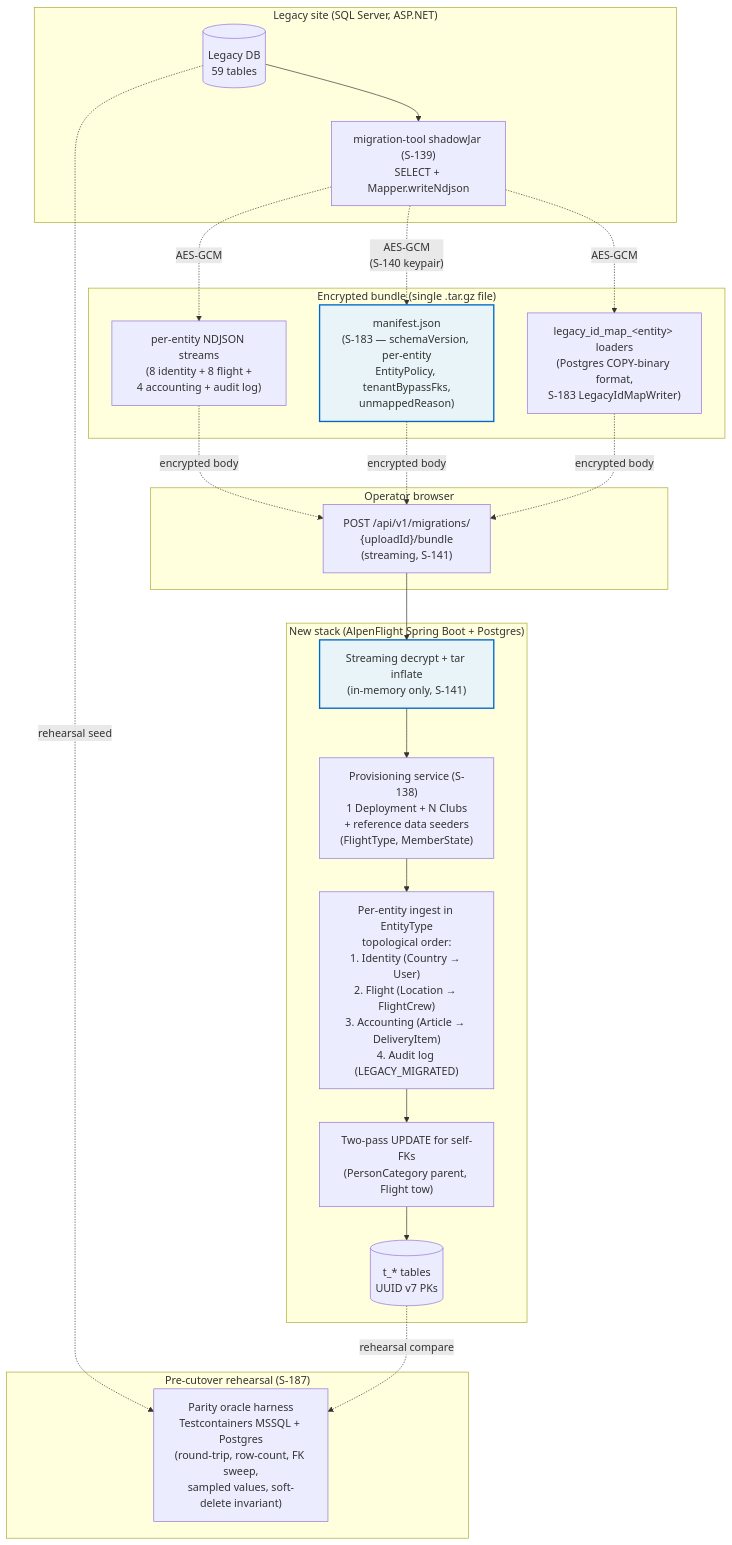
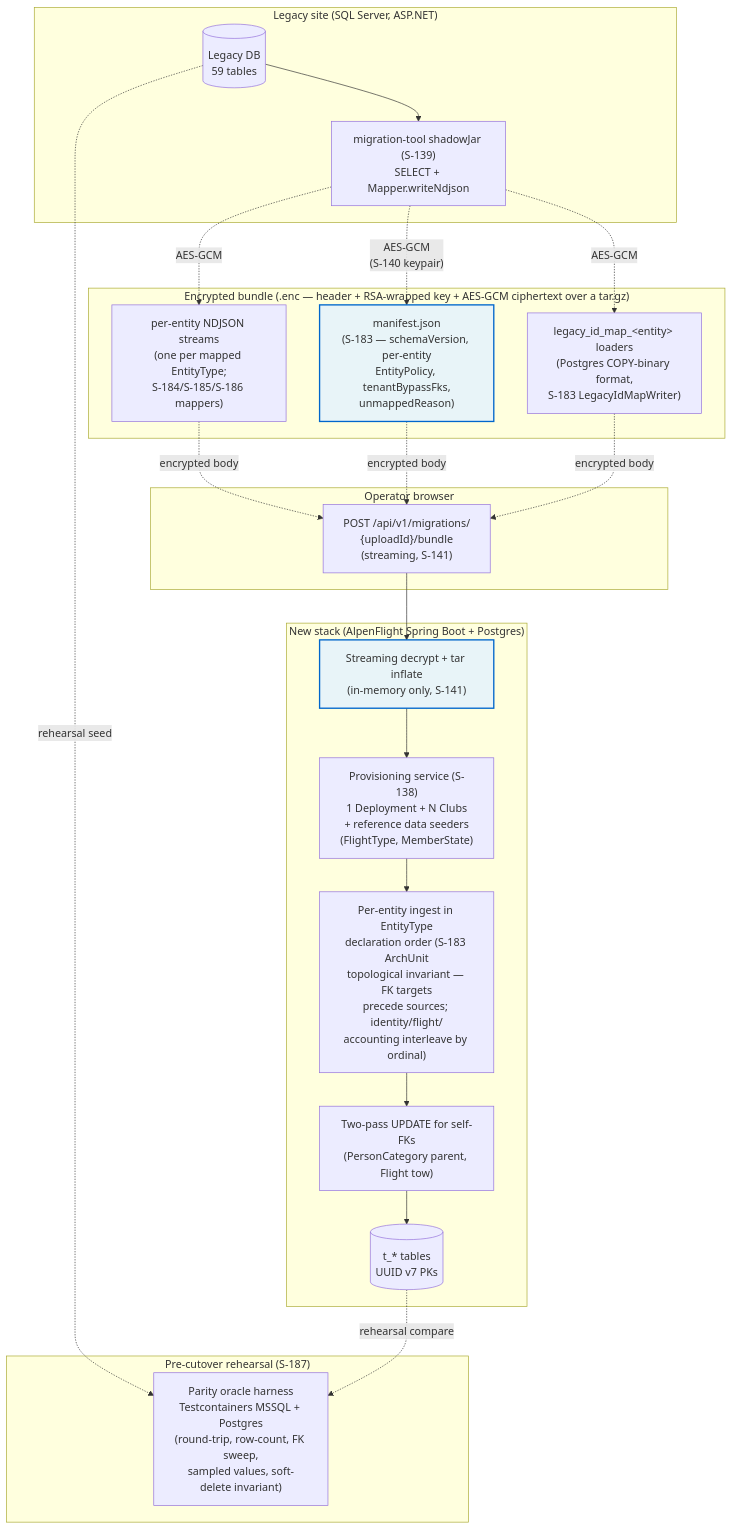
The diagram in docs/modernization/legacy-migration-plan.md (elekktrisch/fls), drawn with Mermaid before and after one commit. The commit also changed other lines of this file and 1 other file, not shown here.

Commit message:
#171: round-2 review fixes — soft-delete test + diagram labels
Maintainability reviewer caught that the original
softDeletedRowPreservesTowFlightIdForensicTrace test re-set
DeletedOn to the same timestamp the base rowWithAirState already
emits, so it never actually differentiated soft-deleted from live
rows. Rewritten as towFlightIdPreservedAcrossSoftDeleteToggle to
emit the row twice (DeletedOn=null then DeletedOn=tombstoned) and
assert both preserve tow_flight_id.

Tech-writer reviewer surfaced four Mermaid-diagram label drifts:
- "skeleton" → "schema-mapping library + parity-oracle scope" for S-016.
- "8 identity + 8 flight + 4 accounting + audit log" entity counts
  → "one per mapped EntityType; S-184/S-185/S-186 mappers" (drift
  with the actual ordinal distribution).
- 4-step ingest gloss → "declaration order (S-183 ArchUnit
  topological invariant)" — actual order interleaves groups.
- "single .tar.gz" wire format → "(.enc — header + RSA-wrapped key
  + AES-GCM ciphertext over a tar.gz)" so a reader doesn't try to
  directly extract the encrypted artifact.

````diff
--- a/docs/modernization/legacy-migration-plan.md
+++ b/docs/modernization/legacy-migration-plan.md
@@ -32,48 +32,48 @@
 ```mermaid
 flowchart TB
     subgraph Legacy["Legacy site (SQL Server, ASP.NET)"]
         legacyDb[(Legacy DB<br/>59 tables)]
         producerJar["migration-tool shadowJar (S-139)<br/>SELECT + Mapper.writeNdjson"]
         legacyDb --> producerJar
     end
 
-    subgraph Bundle["Encrypted bundle (single .tar.gz file)"]
+    subgraph Bundle["Encrypted bundle (.enc — header + RSA-wrapped key + AES-GCM ciphertext over a tar.gz)"]
         manifest["manifest.json<br/>(S-183 — schemaVersion, per-entity<br/>EntityPolicy, tenantBypassFks,<br/>unmappedReason)"]
-        ndjson["per-entity NDJSON streams<br/>(8 identity + 8 flight +<br/>4 accounting + audit log)"]
+        ndjson["per-entity NDJSON streams<br/>(one per mapped EntityType;<br/>S-184/S-185/S-186 mappers)"]
         idMaps["legacy_id_map_&lt;entity&gt; loaders<br/>(Postgres COPY-binary format,<br/>S-183 LegacyIdMapWriter)"]
         producerJar -. "AES-GCM<br/>(S-140 keypair)" .-> manifest
         producerJar -. "AES-GCM" .-> ndjson
         producerJar -. "AES-GCM" .-> idMaps
     end
 
     subgraph Operator["Operator browser"]
         upload["POST /api/v1/migrations/<br/>{uploadId}/bundle<br/>(streaming, S-141)"]
         ndjson -. "encrypted body" .-> upload
         manifest -. "encrypted body" .-> upload
         idMaps -. "encrypted body" .-> upload
     end
 
     subgraph NewStack["New stack (AlpenFlight Spring Boot + Postgres)"]
         decrypt["Streaming decrypt + tar inflate<br/>(in-memory only, S-141)"]
         provision["Provisioning service (S-138)<br/>1 Deployment + N Clubs<br/>+ reference data seeders<br/>(FlightType, MemberState)"]
-        ingest["Per-entity ingest in EntityType<br/>topological order:<br/>1. Identity (Country → User)<br/>2. Flight (Location → FlightCrew)<br/>3. Accounting (Article → DeliveryItem)<br/>4. Audit log (LEGACY_MIGRATED)"]
+        ingest["Per-entity ingest in EntityType<br/>declaration order (S-183 ArchUnit<br/>topological invariant — FK targets<br/>precede sources; identity/flight/<br/>accounting interleave by ordinal)"]
         twoPass["Two-pass UPDATE for self-FKs<br/>(PersonCategory parent, Flight tow)"]
         newDb[(t_* tables<br/>UUID v7 PKs)]
         upload --> decrypt
         decrypt --> provision
         provision --> ingest
         ingest --> twoPass
         twoPass --> newDb
     end
 
     subgraph Parity["Pre-cutover rehearsal (S-187)"]
         oracle["Parity oracle harness<br/>Testcontainers MSSQL + Postgres<br/>(round-trip, row-count, FK sweep,<br/>sampled values, soft-delete invariant)"]
     end
 
     legacyDb -. "rehearsal seed" .-> oracle
     newDb -. "rehearsal compare" .-> oracle
 
     classDef defended fill:#e8f4f8,stroke:#0066cc,stroke-width:2px;
     class manifest defended
     class decrypt defended
 ```
````
